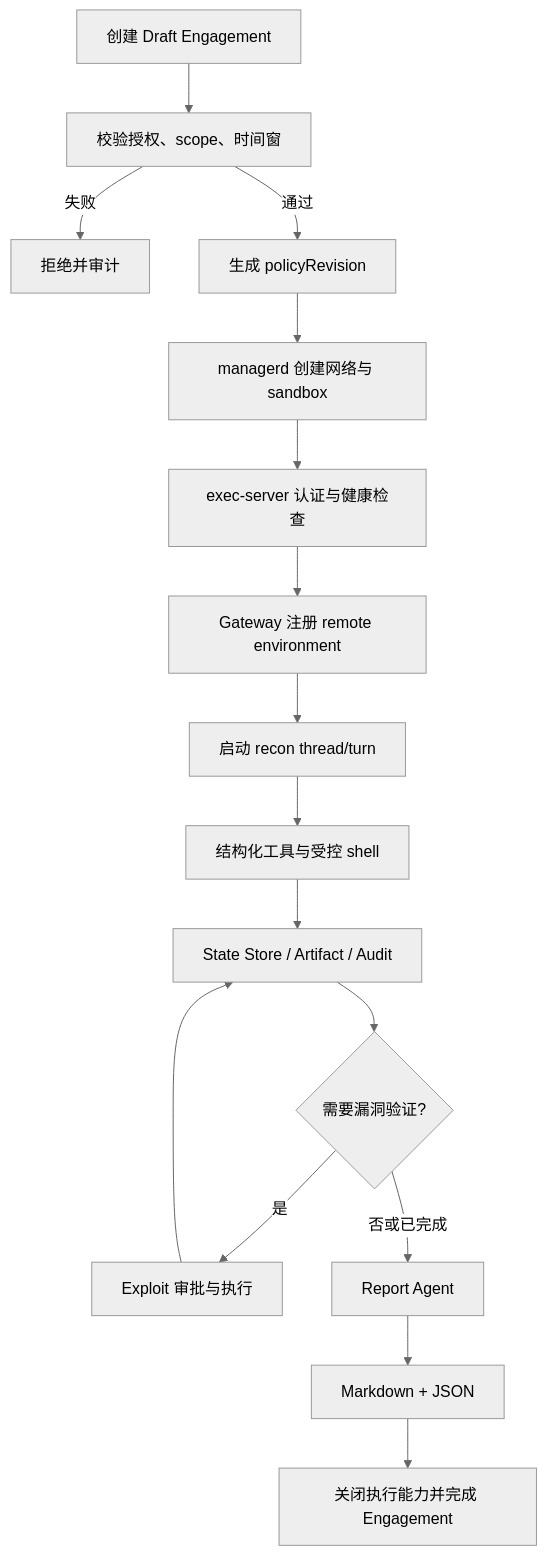
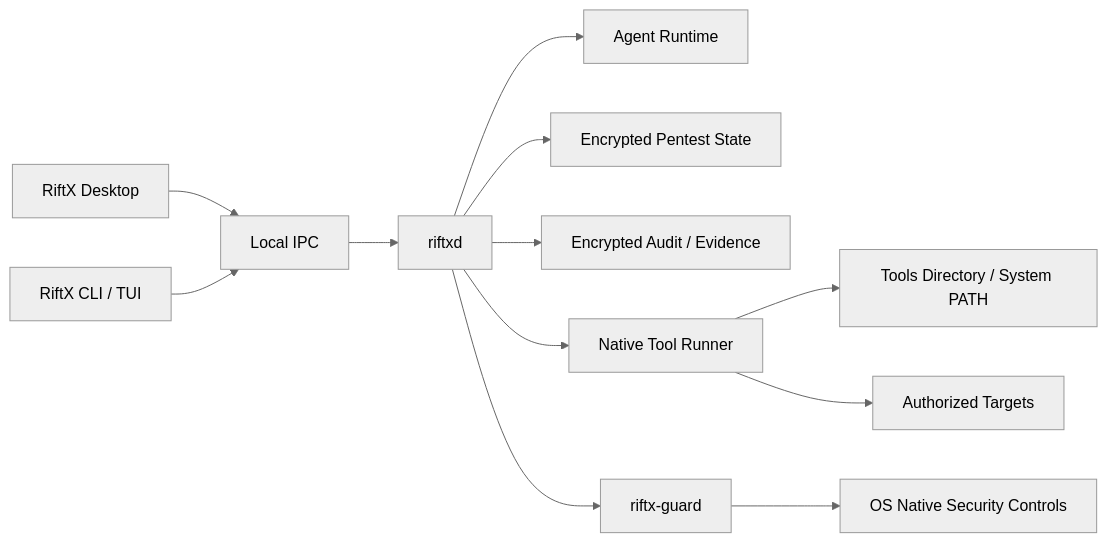
Before and after one commit to Ch1nfo/RiftX: the diagram in RiftX-技术实现方案.md, drawn with Mermaid (neutral theme). The commit also changed other lines of this file and 72 other files, not shown here.

Commit message:
refactor: establish RiftX local-native architecture

````diff
--- a/RiftX-技术实现方案.md
+++ b/RiftX-技术实现方案.md
@@ -774,18 +113,14 @@
 ```mermaid
-flowchart TD
-    A["创建 Draft Engagement"] --> B["校验授权、scope、时间窗"]
-    B -->|"失败"| X["拒绝并审计"]
-    B -->|"通过"| C["生成 policyRevision"]
-    C --> D["managerd 创建网络与 sandbox"]
-    D --> E["exec-server 认证与健康检查"]
-    E --> F["Gateway 注册 remote environment"]
-    F --> G["启动 recon thread/turn"]
-    G --> H["结构化工具与受控 shell"]
-    H --> I["State Store / Artifact / Audit"]
-    I --> J{"需要漏洞验证?"}
-    J -->|"是"| K["Exploit 审批与执行"]
-    K --> I
-    J -->|"否或已完成"| L["Report Agent"]
-    L --> M["Markdown + JSON"]
-    M --> N["关闭执行能力并完成 Engagement"]
+flowchart LR
+    Desktop["RiftX Desktop"] --> IPC["Local IPC"]
+    CLI["RiftX CLI / TUI"] --> IPC
+    IPC --> Daemon["riftxd"]
+    Daemon --> Agent["Agent Runtime"]
+    Daemon --> State["Encrypted Pentest State"]
+    Daemon --> Audit["Encrypted Audit / Evidence"]
+    Daemon --> Runner["Native Tool Runner"]
+    Daemon --> Guard["riftx-guard"]
+    Guard --> OS["OS Native Security Controls"]
+    Runner --> Tools["Tools Directory / System PATH"]
+    Runner --> Target["Authorized Targets"]
 ```
````
